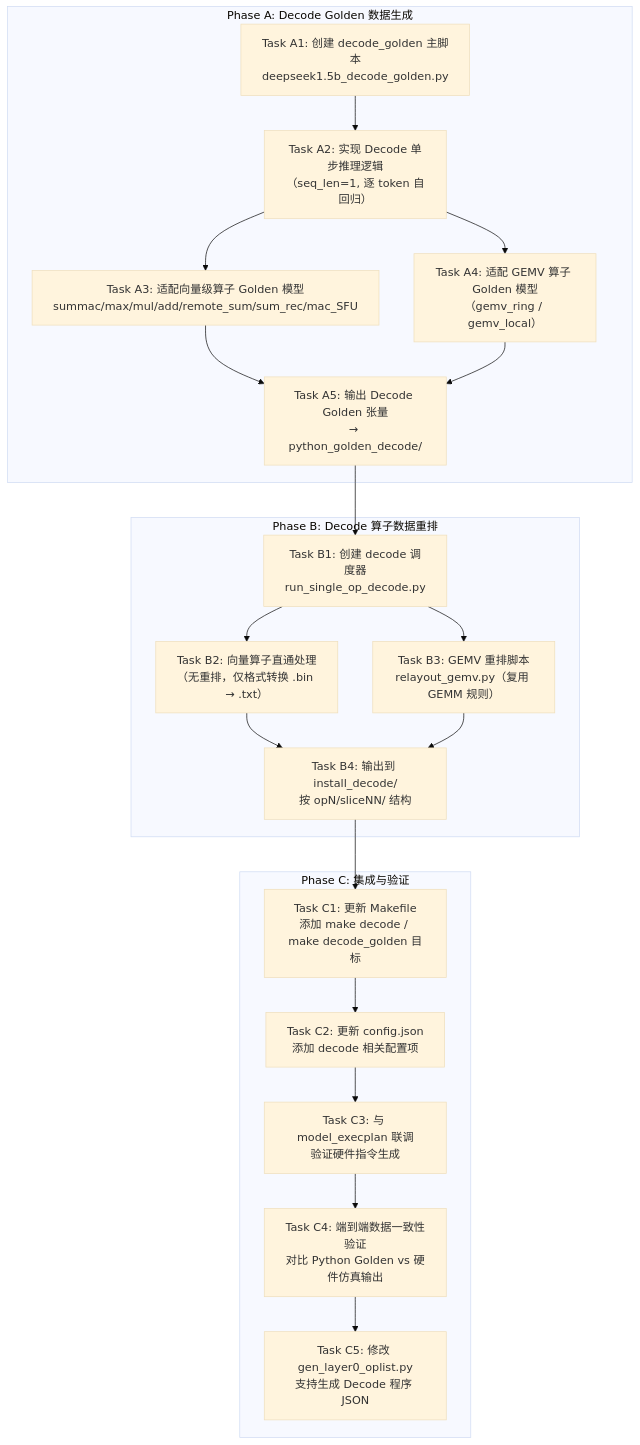
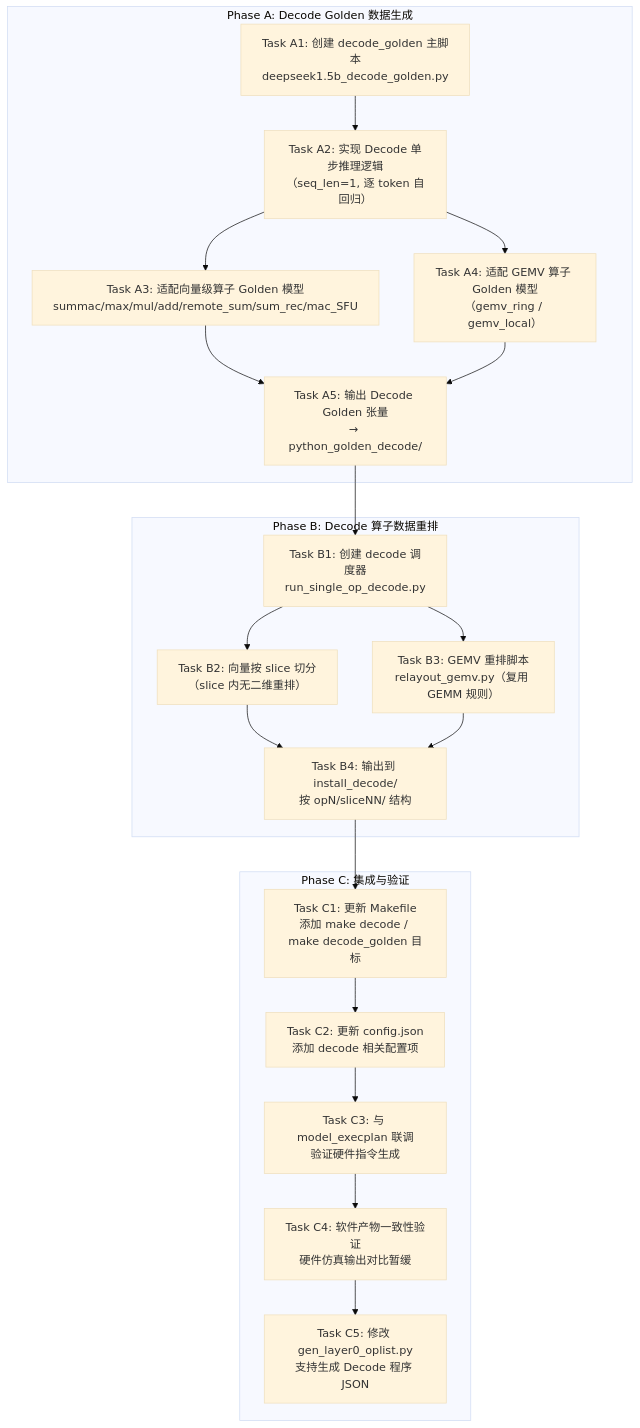
Before and after one commit to uSFrances/ndp-sim: the second of 2 diagrams in generate_python_golden/README.md, drawn with Mermaid (base theme). The commit also changed other lines of this file and 26 other files, not shown here.

````diff
--- a/generate_python_golden/README.md
+++ b/generate_python_golden/README.md
@@ -505,37 +579,37 @@
 ```mermaid
 flowchart TD
     subgraph A["Phase A: Decode Golden 数据生成"]
         A1["Task A1: 创建 decode_golden 主脚本<br/>deepseek1.5b_decode_golden.py"]
         A2["Task A2: 实现 Decode 单步推理逻辑<br/>（seq_len=1, 逐 token 自回归）"]
         A3["Task A3: 适配向量级算子 Golden 模型<br/>summac/max/mul/add/remote_sum/sum_rec/mac_SFU"]
         A4["Task A4: 适配 GEMV 算子 Golden 模型<br/>（gemv_ring / gemv_local）"]
         A5["Task A5: 输出 Decode Golden 张量<br/>→ python_golden_decode/"]
     end
 
     subgraph B["Phase B: Decode 算子数据重排"]
         B1["Task B1: 创建 decode 调度器<br/>run_single_op_decode.py"]
-        B2["Task B2: 向量算子直通处理<br/>（无重排，仅格式转换 .bin → .txt）"]
+        B2["Task B2: 向量按 slice 切分<br/>（slice 内无二维重排）"]
         B3["Task B3: GEMV 重排脚本<br/>relayout_gemv.py（复用 GEMM 规则）"]
         B4["Task B4: 输出到 install_decode/<br/>按 opN/sliceNN/ 结构"]
     end
 
     subgraph C["Phase C: 集成与验证"]
         C1["Task C1: 更新 Makefile<br/>添加 make decode / make decode_golden 目标"]
         C2["Task C2: 更新 config.json<br/>添加 decode 相关配置项"]
         C3["Task C3: 与 model_execplan 联调<br/>验证硬件指令生成"]
-        C4["Task C4: 端到端数据一致性验证<br/>对比 Python Golden vs 硬件仿真输出"]
+        C4["Task C4: 软件产物一致性验证<br/>硬件仿真输出对比暂缓"]
         C5["Task C5: 修改 gen_layer0_oplist.py<br/>支持生成 Decode 程序 JSON"]
     end
 
     A1 --> A2 --> A3
     A2 --> A4
     A3 --> A5
     A4 --> A5
     A5 --> B1
     B1 --> B2
     B1 --> B3
     B2 --> B4
     B3 --> B4
     B4 --> C1
     C1 --> C2 --> C3 --> C4 --> C5
 ```
````
